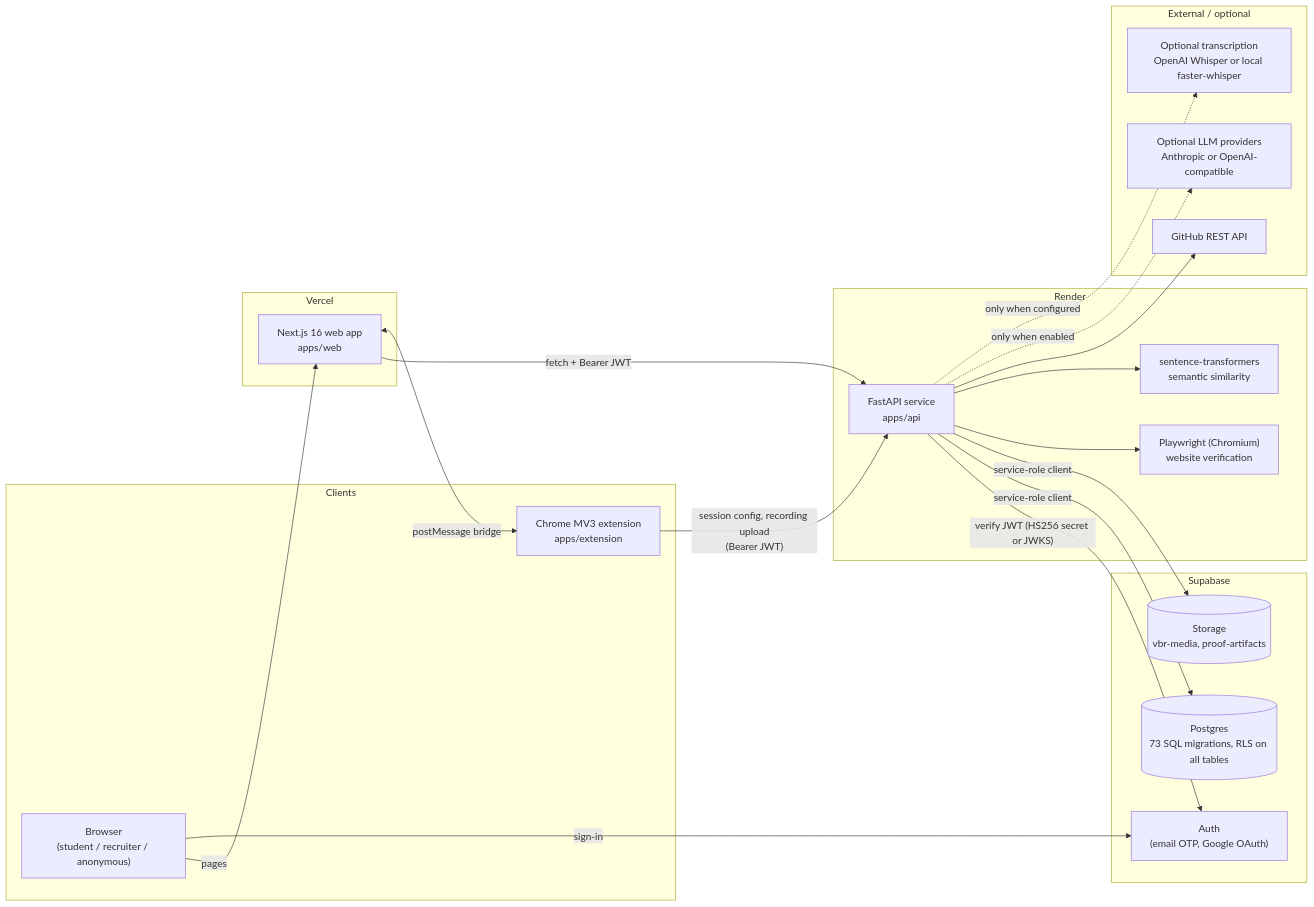
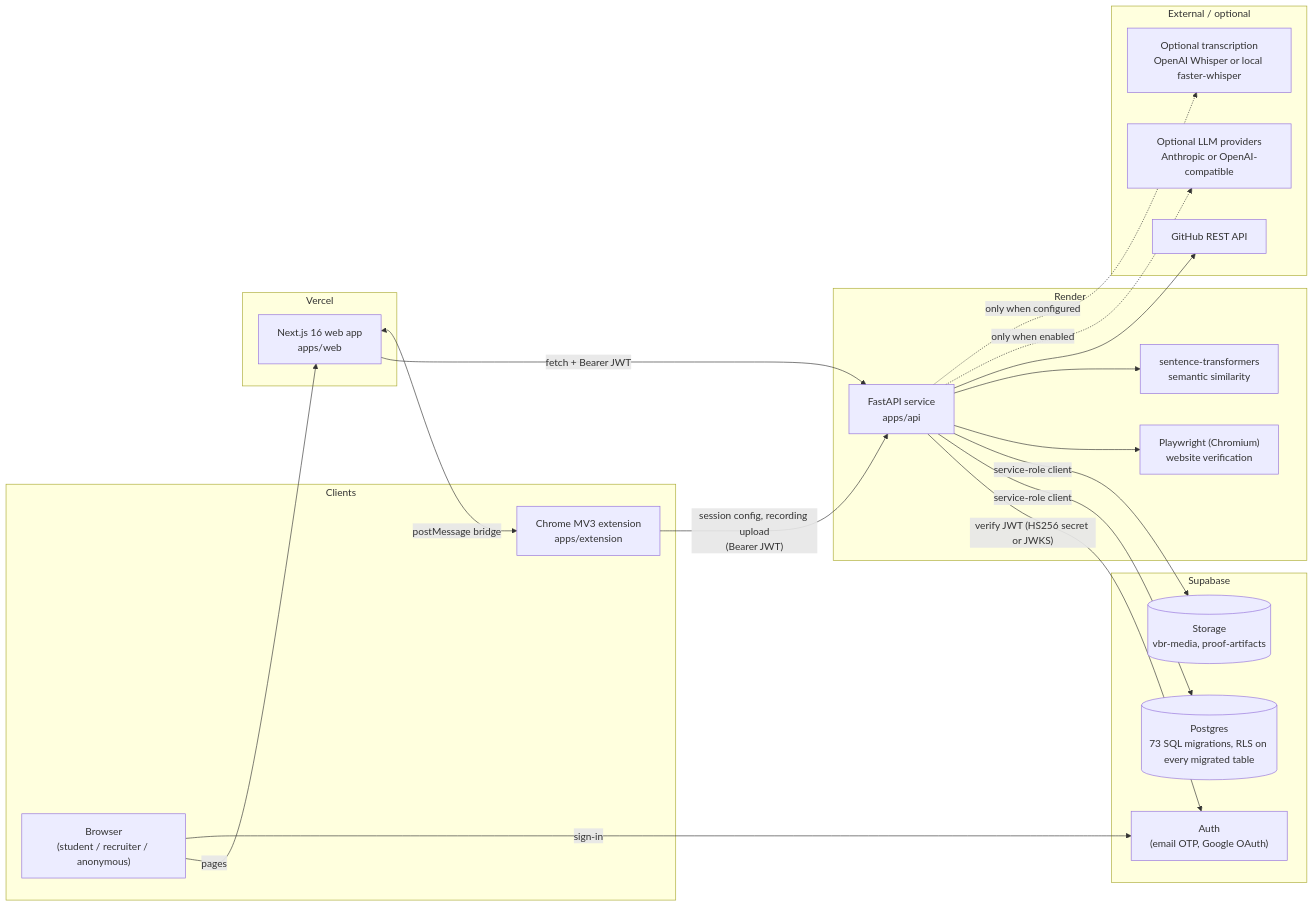
One commit to machackgo/veribridge-ai changed the first of 3 diagrams in docs/ARCHITECTURE.md. Above: the diagram before and after it, drawn with Mermaid. The commit also changed other lines of this file and 1 other file, not shown here.

First line of the commit message:
docs: note fresh-database migration gaps, scope the RLS claim, state licence

````diff
--- a/docs/ARCHITECTURE.md
+++ b/docs/ARCHITECTURE.md
@@ -8,43 +8,43 @@
 ```mermaid
 flowchart LR
   subgraph Clients
     B["Browser<br/>(student / recruiter / anonymous)"]
     X["Chrome MV3 extension<br/>apps/extension"]
   end
 
   subgraph Vercel
     W["Next.js 16 web app<br/>apps/web"]
   end
 
   subgraph Render
     A["FastAPI service<br/>apps/api"]
     PW["Playwright (Chromium)<br/>website verification"]
     ST["sentence-transformers<br/>semantic similarity"]
   end
 
   subgraph Supabase
     AUTH["Auth<br/>(email OTP, Google OAuth)"]
-    DB[("Postgres<br/>73 SQL migrations, RLS on all tables")]
+    DB[("Postgres<br/>73 SQL migrations, RLS on every migrated table")]
     S3[("Storage<br/>vbr-media, proof-artifacts")]
   end
 
   subgraph External["External / optional"]
     GH["GitHub REST API"]
     LLM["Optional LLM providers<br/>Anthropic or OpenAI-compatible"]
     TR["Optional transcription<br/>OpenAI Whisper or local faster-whisper"]
   end
 
   B -->|pages| W
   B -->|sign-in| AUTH
   W -->|"fetch + Bearer JWT"| A
   X -->|"session config, recording upload<br/>(Bearer JWT)"| A
   W <-->|"postMessage bridge"| X
   A -->|"verify JWT (HS256 secret or JWKS)"| AUTH
   A -->|"service-role client"| DB
   A -->|"service-role client"| S3
   A --> PW
   A --> ST
   A --> GH
   A -.->|"only when enabled"| LLM
   A -.->|"only when configured"| TR
 ```
````
